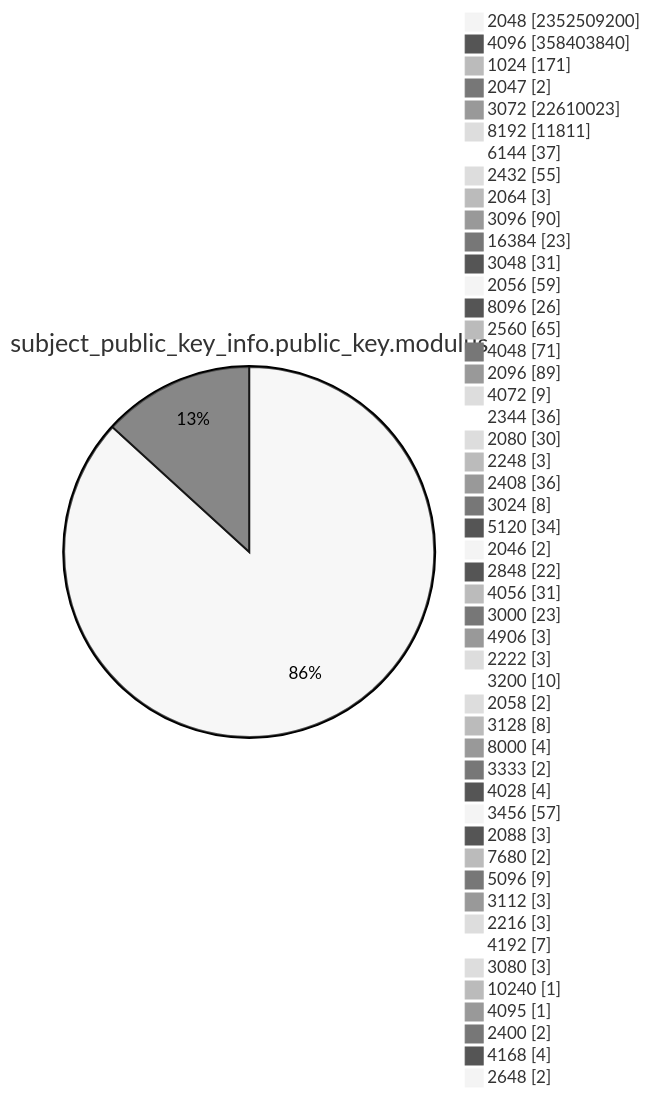
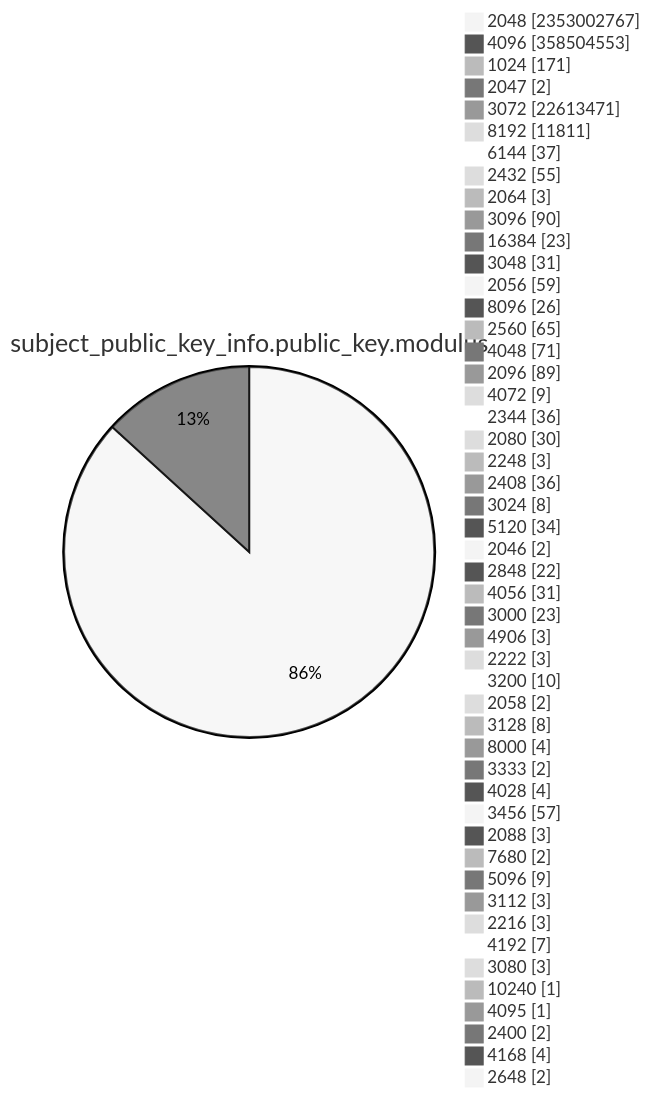
Diagram 13 of 15 in TOTAL/README.md (christiankrug/ctmonitor_visualization), drawn with Mermaid (neutral theme) before and after one commit. The commit also changed other lines of this file, not shown here.

````diff
--- a/TOTAL/README.md
+++ b/TOTAL/README.md
@@ -4167,53 +4167,53 @@
 ```mermaid
 pie showData
 title subject_public_key_info.public_key.modulus
-"2048" :2352509200
-"4096" :358403840
+"2048" :2353002767
+"4096" :358504553
 "1024" :171
 "2047" :2
-"3072" :22610023
+"3072" :22613471
 "8192" :11811
 "6144" :37
 "2432" :55
 "2064" :3
 "3096" :90
 "16384" :23
 "3048" :31
 "2056" :59
 "8096" :26
 "2560" :65
 "4048" :71
 "2096" :89
 "4072" :9
 "2344" :36
 "2080" :30
 "2248" :3
 "2408" :36
 "3024" :8
 "5120" :34
 "2046" :2
 "2848" :22
 "4056" :31
 "3000" :23
 "4906" :3
 "2222" :3
 "3200" :10
 "2058" :2
 "3128" :8
 "8000" :4
 "3333" :2
 "4028" :4
 "3456" :57
 "2088" :3
 "7680" :2
 "5096" :9
 "3112" :3
 "2216" :3
 "4192" :7
 "3080" :3
 "10240" :1
 "4095" :1
 "2400" :2
 "4168" :4
 "2648" :2
 ```
````
